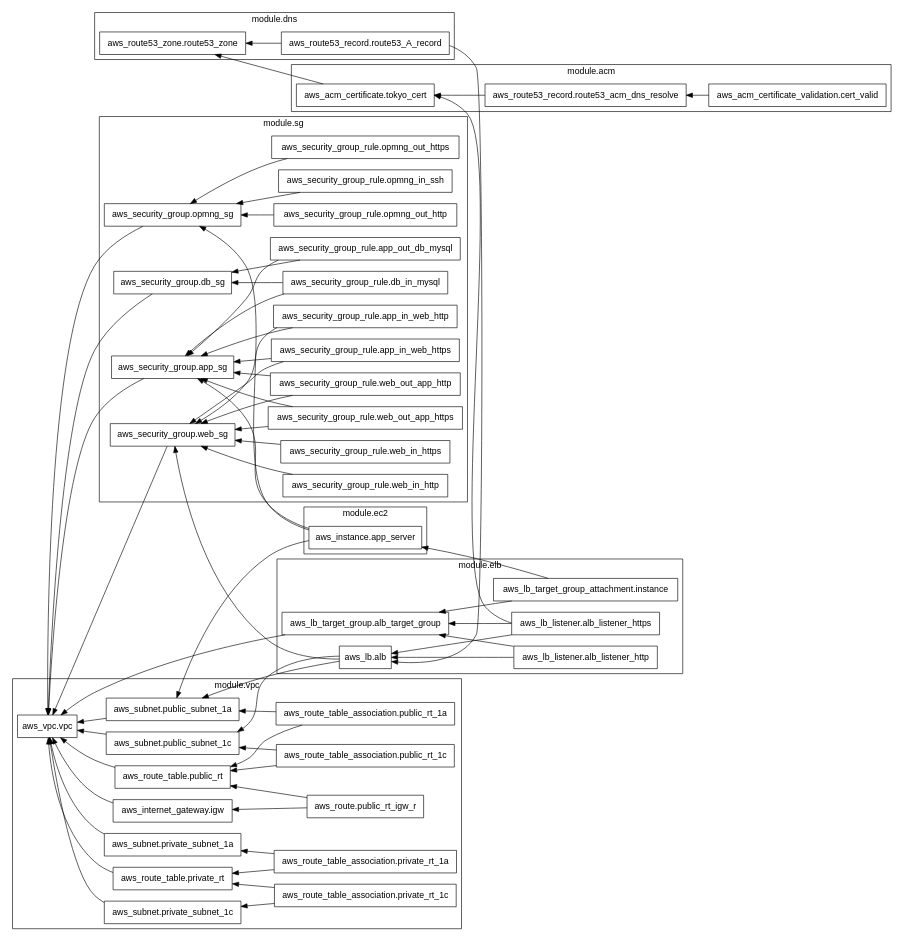
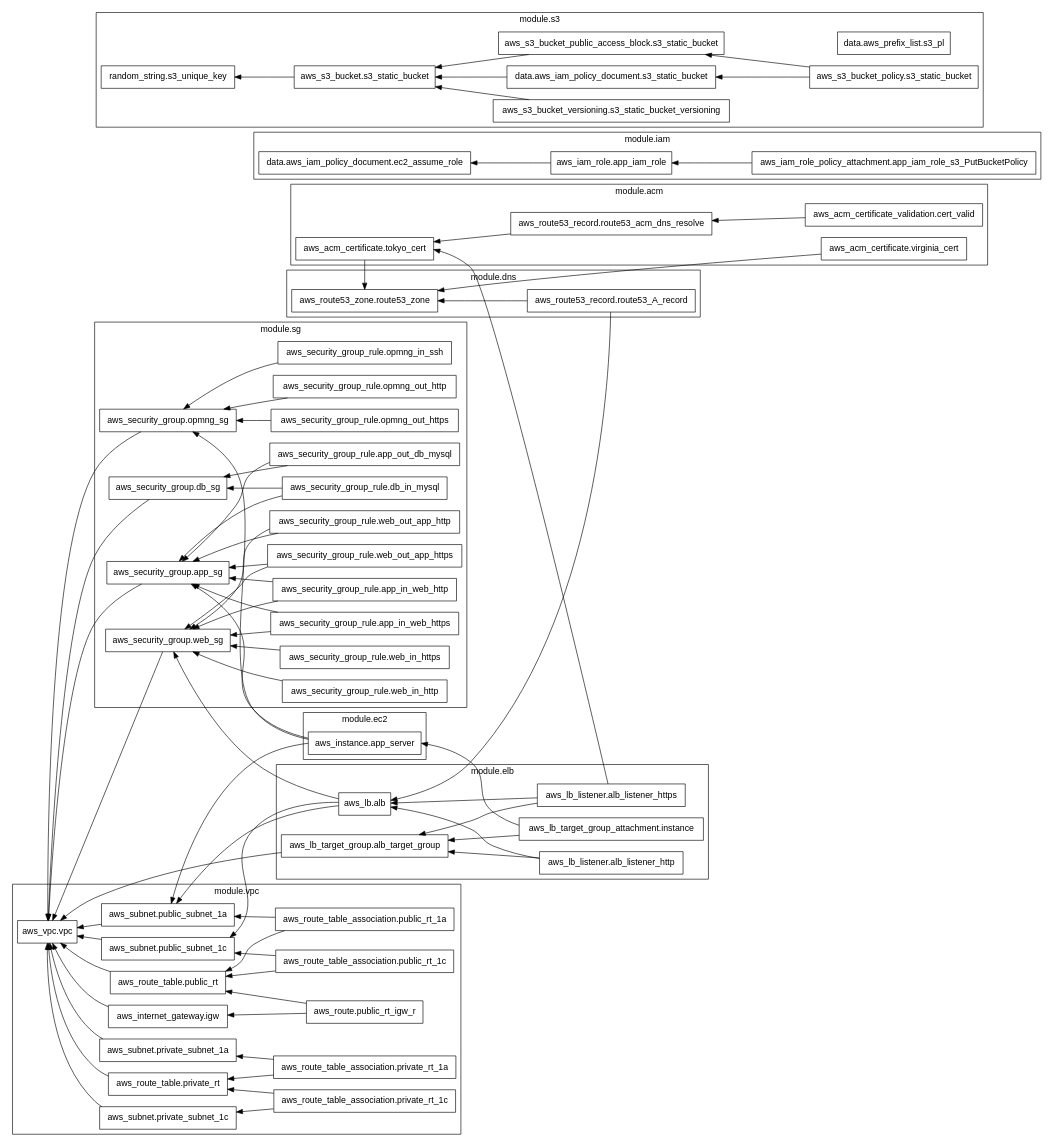
The diagram in portfolio.dot (portfolio-kazuhisa/aws_infra_demo), drawn with Graphviz before and after one commit. The commit also changed 3 other files, not shown here.

```diff
--- a/portfolio.dot
+++ b/portfolio.dot
@@ -1,124 +1,152 @@
 digraph G {
   rankdir = "RL";
   node [shape = rect, fontname = "sans-serif"];
   subgraph "cluster_module.acm" {
     label = "module.acm"
     fontname = "sans-serif"
     "module.acm.aws_acm_certificate.tokyo_cert" [label="aws_acm_certificate.tokyo_cert"];
+    "module.acm.aws_acm_certificate.virginia_cert" [label="aws_acm_certificate.virginia_cert"];
     "module.acm.aws_acm_certificate_validation.cert_valid" [label="aws_acm_certificate_validation.cert_valid"];
     "module.acm.aws_route53_record.route53_acm_dns_resolve" [label="aws_route53_record.route53_acm_dns_resolve"];
   }
   subgraph "cluster_module.dns" {
     label = "module.dns"
     fontname = "sans-serif"
     "module.dns.aws_route53_record.route53_A_record" [label="aws_route53_record.route53_A_record"];
     "module.dns.aws_route53_zone.route53_zone" [label="aws_route53_zone.route53_zone"];
   }
   subgraph "cluster_module.ec2" {
     label = "module.ec2"
     fontname = "sans-serif"
     "module.ec2.aws_instance.app_server" [label="aws_instance.app_server"];
   }
   subgraph "cluster_module.elb" {
     label = "module.elb"
     fontname = "sans-serif"
     "module.elb.aws_lb.alb" [label="aws_lb.alb"];
     "module.elb.aws_lb_listener.alb_listener_http" [label="aws_lb_listener.alb_listener_http"];
     "module.elb.aws_lb_listener.alb_listener_https" [label="aws_lb_listener.alb_listener_https"];
     "module.elb.aws_lb_target_group.alb_target_group" [label="aws_lb_target_group.alb_target_group"];
     "module.elb.aws_lb_target_group_attachment.instance" [label="aws_lb_target_group_attachment.instance"];
+  }
+  subgraph "cluster_module.iam" {
+    label = "module.iam"
+    fontname = "sans-serif"
+    "module.iam.data.aws_iam_policy_document.ec2_assume_role" [label="data.aws_iam_policy_document.ec2_assume_role"];
+    "module.iam.aws_iam_role.app_iam_role" [label="aws_iam_role.app_iam_role"];
+    "module.iam.aws_iam_role_policy_attachment.app_iam_role_s3_PutBucketPolicy" [label="aws_iam_role_policy_attachment.app_iam_role_s3_PutBucketPolicy"];
+  }
+  subgraph "cluster_module.s3" {
+    label = "module.s3"
+    fontname = "sans-serif"
+    "module.s3.data.aws_iam_policy_document.s3_static_bucket" [label="data.aws_iam_policy_document.s3_static_bucket"];
+    "module.s3.data.aws_prefix_list.s3_pl" [label="data.aws_prefix_list.s3_pl"];
+    "module.s3.aws_s3_bucket.s3_static_bucket" [label="aws_s3_bucket.s3_static_bucket"];
+    "module.s3.aws_s3_bucket_policy.s3_static_bucket" [label="aws_s3_bucket_policy.s3_static_bucket"];
+    "module.s3.aws_s3_bucket_public_access_block.s3_static_bucket" [label="aws_s3_bucket_public_access_block.s3_static_bucket"];
+    "module.s3.aws_s3_bucket_versioning.s3_static_bucket_versioning" [label="aws_s3_bucket_versioning.s3_static_bucket_versioning"];
+    "module.s3.random_string.s3_unique_key" [label="random_string.s3_unique_key"];
   }
   subgraph "cluster_module.sg" {
     label = "module.sg"
     fontname = "sans-serif"
     "module.sg.aws_security_group.app_sg" [label="aws_security_group.app_sg"];
     "module.sg.aws_security_group.db_sg" [label="aws_security_group.db_sg"];
     "module.sg.aws_security_group.opmng_sg" [label="aws_security_group.opmng_sg"];
     "module.sg.aws_security_group.web_sg" [label="aws_security_group.web_sg"];
     "module.sg.aws_security_group_rule.app_in_web_http" [label="aws_security_group_rule.app_in_web_http"];
     "module.sg.aws_security_group_rule.app_in_web_https" [label="aws_security_group_rule.app_in_web_https"];
     "module.sg.aws_security_group_rule.app_out_db_mysql" [label="aws_security_group_rule.app_out_db_mysql"];
     "module.sg.aws_security_group_rule.db_in_mysql" [label="aws_security_group_rule.db_in_mysql"];
     "module.sg.aws_security_group_rule.opmng_in_ssh" [label="aws_security_group_rule.opmng_in_ssh"];
     "module.sg.aws_security_group_rule.opmng_out_http" [label="aws_security_group_rule.opmng_out_http"];
     "module.sg.aws_security_group_rule.opmng_out_https" [label="aws_security_group_rule.opmng_out_https"];
     "module.sg.aws_security_group_rule.web_in_http" [label="aws_security_group_rule.web_in_http"];
     "module.sg.aws_security_group_rule.web_in_https" [label="aws_security_group_rule.web_in_https"];
     "module.sg.aws_security_group_rule.web_out_app_http" [label="aws_security_group_rule.web_out_app_http"];
     "module.sg.aws_security_group_rule.web_out_app_https" [label="aws_security_group_rule.web_out_app_https"];
   }
   subgraph "cluster_module.vpc" {
     label = "module.vpc"
     fontname = "sans-serif"
     "module.vpc.aws_internet_gateway.igw" [label="aws_internet_gateway.igw"];
     "module.vpc.aws_route.public_rt_igw_r" [label="aws_route.public_rt_igw_r"];
     "module.vpc.aws_route_table.private_rt" [label="aws_route_table.private_rt"];
     "module.vpc.aws_route_table.public_rt" [label="aws_route_table.public_rt"];
     "module.vpc.aws_route_table_association.private_rt_1a" [label="aws_route_table_association.private_rt_1a"];
     "module.vpc.aws_route_table_association.private_rt_1c" [label="aws_route_table_association.private_rt_1c"];
     "module.vpc.aws_route_table_association.public_rt_1a" [label="aws_route_table_association.public_rt_1a"];
     "module.vpc.aws_route_table_association.public_rt_1c" [label="aws_route_table_association.public_rt_1c"];
     "module.vpc.aws_subnet.private_subnet_1a" [label="aws_subnet.private_subnet_1a"];
     "module.vpc.aws_subnet.private_subnet_1c" [label="aws_subnet.private_subnet_1c"];
     "module.vpc.aws_subnet.public_subnet_1a" [label="aws_subnet.public_subnet_1a"];
     "module.vpc.aws_subnet.public_subnet_1c" [label="aws_subnet.public_subnet_1c"];
     "module.vpc.aws_vpc.vpc" [label="aws_vpc.vpc"];
   }
   "module.acm.aws_acm_certificate.tokyo_cert" -> "module.dns.aws_route53_zone.route53_zone";
+  "module.acm.aws_acm_certificate.virginia_cert" -> "module.dns.aws_route53_zone.route53_zone";
   "module.acm.aws_acm_certificate_validation.cert_valid" -> "module.acm.aws_route53_record.route53_acm_dns_resolve";
   "module.acm.aws_route53_record.route53_acm_dns_resolve" -> "module.acm.aws_acm_certificate.tokyo_cert";
   "module.dns.aws_route53_record.route53_A_record" -> "module.dns.aws_route53_zone.route53_zone";
   "module.dns.aws_route53_record.route53_A_record" -> "module.elb.aws_lb.alb";
   "module.ec2.aws_instance.app_server" -> "module.sg.aws_security_group.app_sg";
   "module.ec2.aws_instance.app_server" -> "module.sg.aws_security_group.opmng_sg";
   "module.ec2.aws_instance.app_server" -> "module.vpc.aws_subnet.public_subnet_1a";
   "module.elb.aws_lb.alb" -> "module.sg.aws_security_group.web_sg";
   "module.elb.aws_lb.alb" -> "module.vpc.aws_subnet.public_subnet_1a";
   "module.elb.aws_lb.alb" -> "module.vpc.aws_subnet.public_subnet_1c";
   "module.elb.aws_lb_listener.alb_listener_http" -> "module.elb.aws_lb.alb";
   "module.elb.aws_lb_listener.alb_listener_http" -> "module.elb.aws_lb_target_group.alb_target_group";
   "module.elb.aws_lb_listener.alb_listener_https" -> "module.acm.aws_acm_certificate.tokyo_cert";
   "module.elb.aws_lb_listener.alb_listener_https" -> "module.elb.aws_lb.alb";
   "module.elb.aws_lb_listener.alb_listener_https" -> "module.elb.aws_lb_target_group.alb_target_group";
   "module.elb.aws_lb_target_group.alb_target_group" -> "module.vpc.aws_vpc.vpc";
   "module.elb.aws_lb_target_group_attachment.instance" -> "module.ec2.aws_instance.app_server";
   "module.elb.aws_lb_target_group_attachment.instance" -> "module.elb.aws_lb_target_group.alb_target_group";
+  "module.iam.aws_iam_role.app_iam_role" -> "module.iam.data.aws_iam_policy_document.ec2_assume_role";
+  "module.iam.aws_iam_role_policy_attachment.app_iam_role_s3_PutBucketPolicy" -> "module.iam.aws_iam_role.app_iam_role";
+  "module.s3.data.aws_iam_policy_document.s3_static_bucket" -> "module.s3.aws_s3_bucket.s3_static_bucket";
+  "module.s3.aws_s3_bucket.s3_static_bucket" -> "module.s3.random_string.s3_unique_key";
+  "module.s3.aws_s3_bucket_policy.s3_static_bucket" -> "module.s3.data.aws_iam_policy_document.s3_static_bucket";
+  "module.s3.aws_s3_bucket_policy.s3_static_bucket" -> "module.s3.aws_s3_bucket_public_access_block.s3_static_bucket";
+  "module.s3.aws_s3_bucket_public_access_block.s3_static_bucket" -> "module.s3.aws_s3_bucket.s3_static_bucket";
+  "module.s3.aws_s3_bucket_versioning.s3_static_bucket_versioning" -> "module.s3.aws_s3_bucket.s3_static_bucket";
   "module.sg.aws_security_group.app_sg" -> "module.vpc.aws_vpc.vpc";
   "module.sg.aws_security_group.db_sg" -> "module.vpc.aws_vpc.vpc";
   "module.sg.aws_security_group.opmng_sg" -> "module.vpc.aws_vpc.vpc";
   "module.sg.aws_security_group.web_sg" -> "module.vpc.aws_vpc.vpc";
   "module.sg.aws_security_group_rule.app_in_web_http" -> "module.sg.aws_security_group.app_sg";
   "module.sg.aws_security_group_rule.app_in_web_http" -> "module.sg.aws_security_group.web_sg";
   "module.sg.aws_security_group_rule.app_in_web_https" -> "module.sg.aws_security_group.app_sg";
   "module.sg.aws_security_group_rule.app_in_web_https" -> "module.sg.aws_security_group.web_sg";
   "module.sg.aws_security_group_rule.app_out_db_mysql" -> "module.sg.aws_security_group.app_sg";
   "module.sg.aws_security_group_rule.app_out_db_mysql" -> "module.sg.aws_security_group.db_sg";
   "module.sg.aws_security_group_rule.db_in_mysql" -> "module.sg.aws_security_group.app_sg";
   "module.sg.aws_security_group_rule.db_in_mysql" -> "module.sg.aws_security_group.db_sg";
   "module.sg.aws_security_group_rule.opmng_in_ssh" -> "module.sg.aws_security_group.opmng_sg";
   "module.sg.aws_security_group_rule.opmng_out_http" -> "module.sg.aws_security_group.opmng_sg";
   "module.sg.aws_security_group_rule.opmng_out_https" -> "module.sg.aws_security_group.opmng_sg";
   "module.sg.aws_security_group_rule.web_in_http" -> "module.sg.aws_security_group.web_sg";
   "module.sg.aws_security_group_rule.web_in_https" -> "module.sg.aws_security_group.web_sg";
   "module.sg.aws_security_group_rule.web_out_app_http" -> "module.sg.aws_security_group.app_sg";
   "module.sg.aws_security_group_rule.web_out_app_http" -> "module.sg.aws_security_group.web_sg";
   "module.sg.aws_security_group_rule.web_out_app_https" -> "module.sg.aws_security_group.app_sg";
   "module.sg.aws_security_group_rule.web_out_app_https" -> "module.sg.aws_security_group.web_sg";
   "module.vpc.aws_internet_gateway.igw" -> "module.vpc.aws_vpc.vpc";
   "module.vpc.aws_route.public_rt_igw_r" -> "module.vpc.aws_internet_gateway.igw";
   "module.vpc.aws_route.public_rt_igw_r" -> "module.vpc.aws_route_table.public_rt";
   "module.vpc.aws_route_table.private_rt" -> "module.vpc.aws_vpc.vpc";
   "module.vpc.aws_route_table.public_rt" -> "module.vpc.aws_vpc.vpc";
   "module.vpc.aws_route_table_association.private_rt_1a" -> "module.vpc.aws_route_table.private_rt";
   "module.vpc.aws_route_table_association.private_rt_1a" -> "module.vpc.aws_subnet.private_subnet_1a";
   "module.vpc.aws_route_table_association.private_rt_1c" -> "module.vpc.aws_route_table.private_rt";
   "module.vpc.aws_route_table_association.private_rt_1c" -> "module.vpc.aws_subnet.private_subnet_1c";
   "module.vpc.aws_route_table_association.public_rt_1a" -> "module.vpc.aws_route_table.public_rt";
   "module.vpc.aws_route_table_association.public_rt_1a" -> "module.vpc.aws_subnet.public_subnet_1a";
   "module.vpc.aws_route_table_association.public_rt_1c" -> "module.vpc.aws_route_table.public_rt";
   "module.vpc.aws_route_table_association.public_rt_1c" -> "module.vpc.aws_subnet.public_subnet_1c";
   "module.vpc.aws_subnet.private_subnet_1a" -> "module.vpc.aws_vpc.vpc";
   "module.vpc.aws_subnet.private_subnet_1c" -> "module.vpc.aws_vpc.vpc";
   "module.vpc.aws_subnet.public_subnet_1a" -> "module.vpc.aws_vpc.vpc";
   "module.vpc.aws_subnet.public_subnet_1c" -> "module.vpc.aws_vpc.vpc";
 }
```
